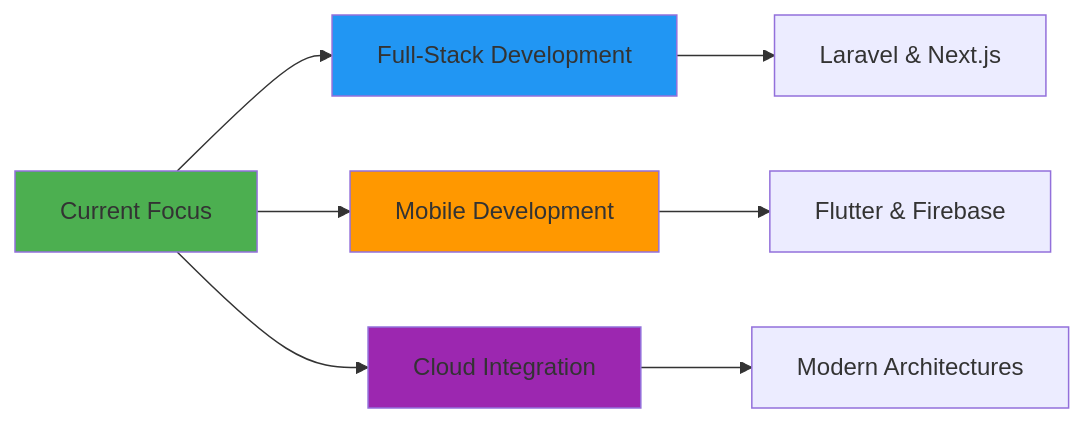
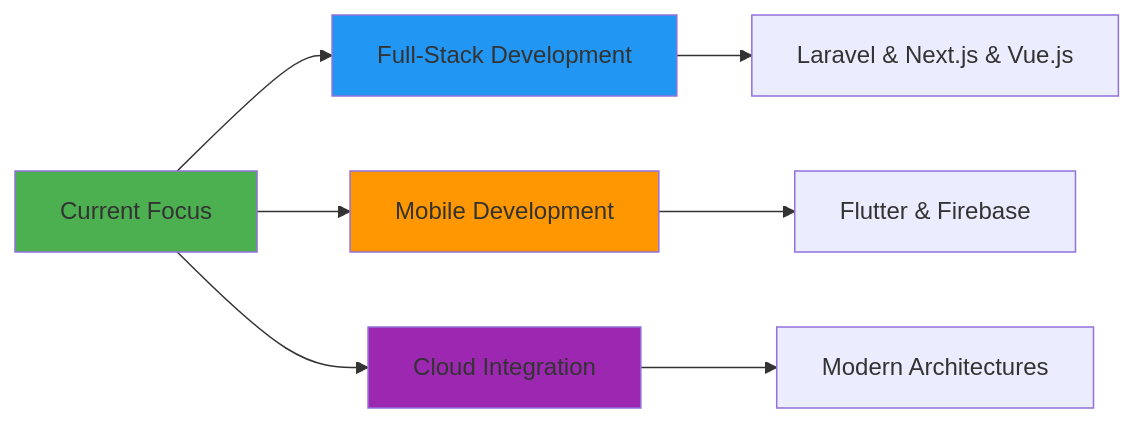
One commit to Namidu99/Namidu99 changed the first of 4 diagrams in README.md. Above: the diagram before and after it, drawn with Mermaid. The commit also changed other lines of this file, not shown here.

````diff
--- a/README.md
+++ b/README.md
@@ -32,14 +51,14 @@
 ```mermaid
 graph LR
     A[Current Focus] --> B[Full-Stack Development]
     A --> C[Mobile Development]
     A --> D[Cloud Integration]
-    B --> E[Laravel & Next.js]
+    B --> E[Laravel & Next.js & Vue.js]
     C --> F[Flutter & Firebase]
     D --> G[Modern Architectures]
     
     style A fill:#4CAF50
     style B fill:#2196F3
     style C fill:#FF9800
     style D fill:#9C27B0
 ```
````
